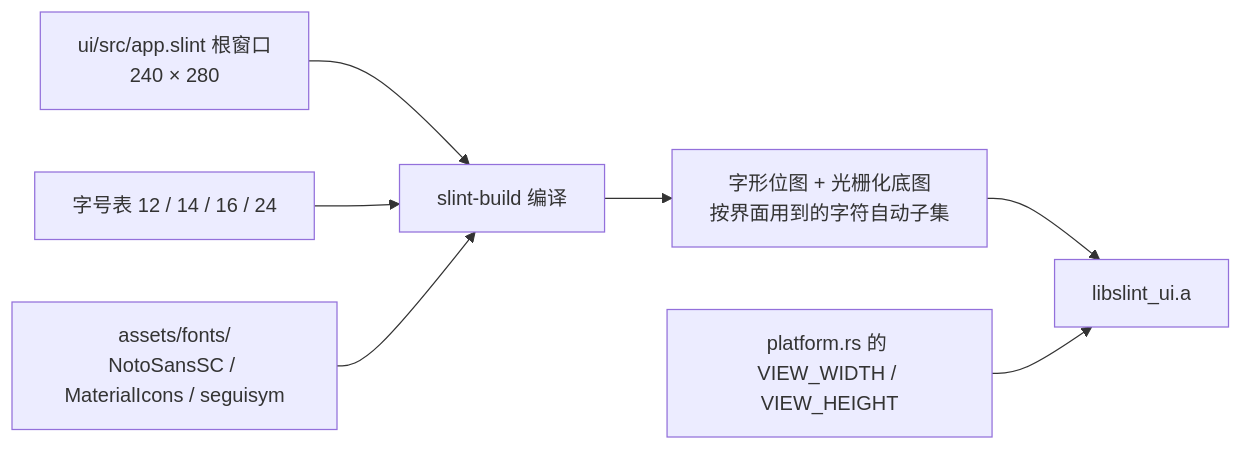
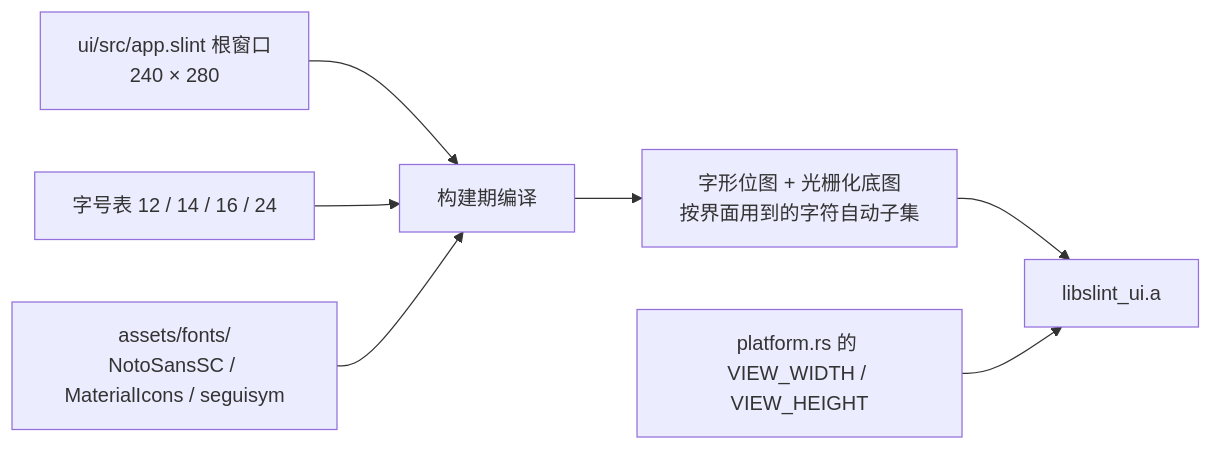
One commit to slime7/remapad changed the first of 9 diagrams in docs/ABSTRACTIONS.md. Above: the diagram before and after it, drawn with Mermaid. The commit also changed other lines of this file and 71 other files, not shown here.

````diff
--- a/docs/ABSTRACTIONS.md
+++ b/docs/ABSTRACTIONS.md
@@ -39,9 +40,9 @@
 ```mermaid
 flowchart LR
-    View["ui/src/app.slint 根窗口<br/>240 × 280"] --> Compile["slint-build 编译"]
+    View["ui/src/app.slint 根窗口<br/>240 × 280"] --> Compile["构建期编译"]
     Sizes["字号表 12 / 14 / 16 / 24"] --> Compile
     Fonts["assets/fonts/<br/>NotoSansSC / MaterialIcons / seguisym"] --> Compile
     Compile --> Glyphs["字形位图 + 光栅化底图<br/>按界面用到的字符自动子集"]
     Glyphs --> Lib["libslint_ui.a"]
     Platform["platform.rs 的 VIEW_WIDTH / VIEW_HEIGHT"] --> Lib
 ```
````
